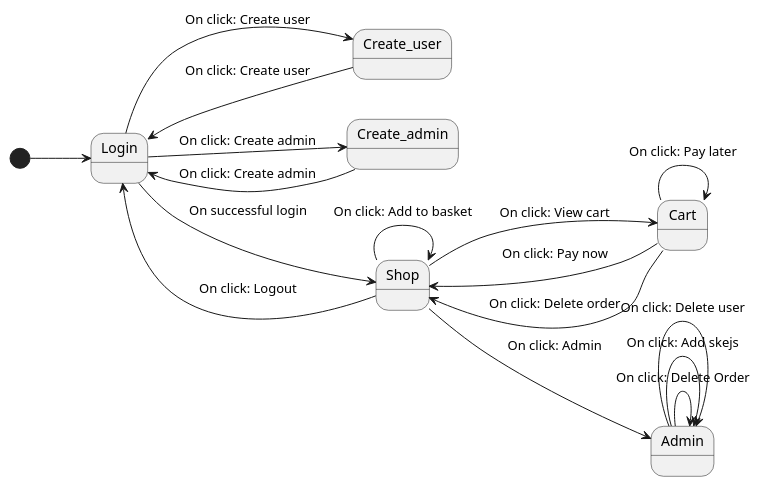
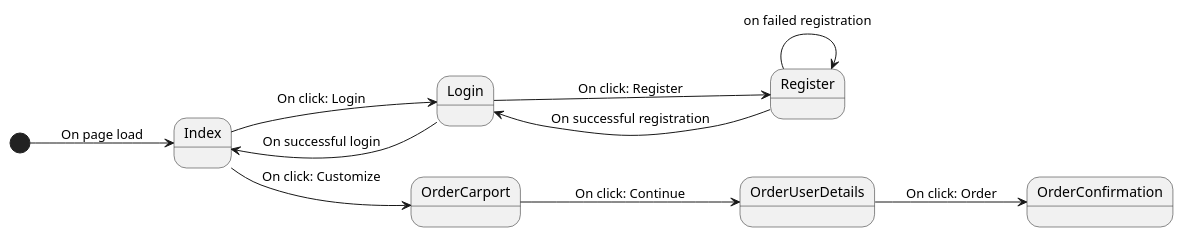
The diagram in src/main/resources/diagram/Navigation.puml (Magnewei/EksamensOpgave_FogCarport), drawn with PlantUML before and after one commit. The commit also changed 2 other files, not shown here.

Commit message:
Navigationsdiagram

```diff
--- a/src/main/resources/diagram/Navigation.puml
+++ b/src/main/resources/diagram/Navigation.puml
@@ -1,32 +1,23 @@
 @startuml
 'https://plantuml.com/state-diagram
 
 left to right direction
 
-[*] --> Login
+[*] --> Index: On page load
 
-Login --> Create_user: On click: Create user
-Create_user --> Login: On click: Create user
-Login --> Create_admin: On click: Create admin
-Create_admin --> Login: On click: Create admin
-Login --> Shop: On successful login
+Index --> Login: On click: Login
+Index --> OrderCarport: On click: Customize
 
-Shop --> Shop: On click: Add to basket
-Shop --> Cart: On click: View cart
-Shop --> Admin: On click: Admin
-Shop --> Login: On click: Logout
+Login --> Index: On successful login
+Login --> Register: On click: Register
 
-Cart --> Shop: On click: Pay now
-Cart --> Cart: On click: Pay later
-Cart --> Shop: On click: Delete order
+Register --> Login: On successful registration
+Register --> Register: on failed registration
 
-
-Admin --> Admin: On click: Delete Order
-Admin --> Admin: On click: Add skejs
-Admin --> Admin: On click: Delete user
-
+OrderCarport --> OrderUserDetails: On click: Continue
+OrderUserDetails --> OrderConfirmation: On click: Order
 
 
 
 
 @enduml
```
